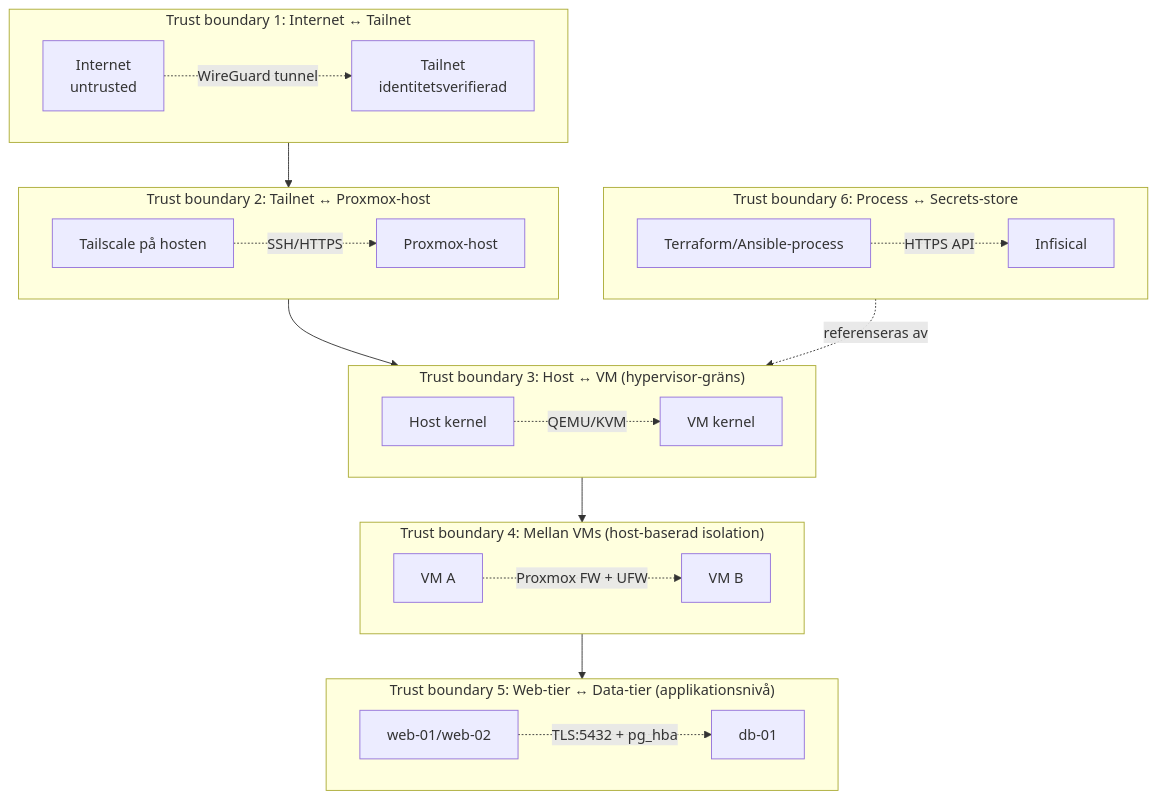
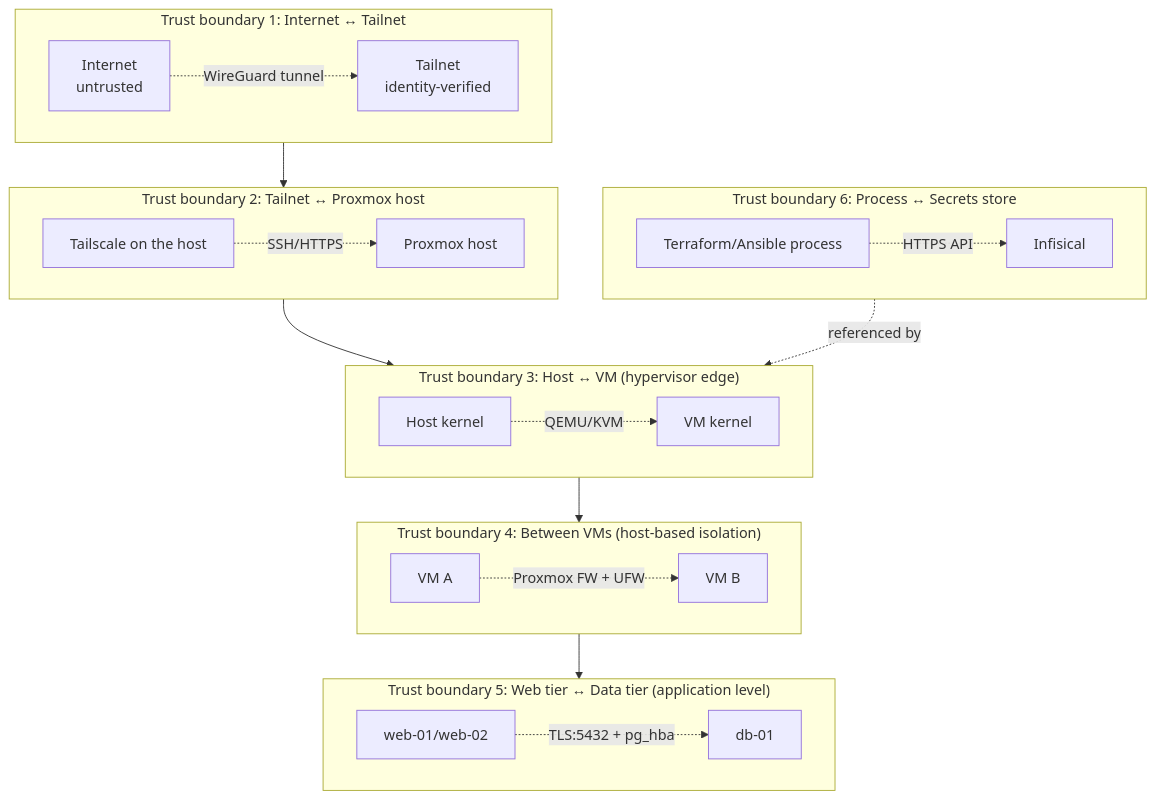
One commit to sanjarbsaraee/its25-virt-automation changed the second of 2 diagrams in docs/project/PROJECT-PLAN.md. Above: the diagram before and after it, drawn with Mermaid. The commit also changed other lines of this file, not shown here.

First line of the commit message:
docs: add tailscale-gw LXC, project meta docs, expand README tree

````diff
--- a/docs/project/PROJECT-PLAN.md
+++ b/docs/project/PROJECT-PLAN.md
@@ -294,36 +294,36 @@
 ```mermaid
 flowchart TB
     subgraph TB1["Trust boundary 1: Internet ↔ Tailnet"]
         direction LR
-        Internet[Internet<br/>untrusted] -.WireGuard tunnel.-> Tailnet[Tailnet<br/>identitetsverifierad]
+        Internet[Internet<br/>untrusted] -.WireGuard tunnel.-> Tailnet[Tailnet<br/>identity-verified]
     end
 
-    subgraph TB2["Trust boundary 2: Tailnet ↔ Proxmox-host"]
+    subgraph TB2["Trust boundary 2: Tailnet ↔ Proxmox host"]
         direction LR
-        TailnetEdge[Tailscale på hosten] -.SSH/HTTPS.-> PVEHost[Proxmox-host]
+        TailnetEdge[Tailscale on the host] -.SSH/HTTPS.-> PVEHost[Proxmox host]
     end
 
-    subgraph TB3["Trust boundary 3: Host ↔ VM (hypervisor-gräns)"]
+    subgraph TB3["Trust boundary 3: Host ↔ VM (hypervisor edge)"]
         direction LR
         HypHost[Host kernel] -.QEMU/KVM.-> Guest[VM kernel]
     end
 
-    subgraph TB4["Trust boundary 4: Mellan VMs (host-baserad isolation)"]
+    subgraph TB4["Trust boundary 4: Between VMs (host-based isolation)"]
         direction LR
         VMa[VM A] -.Proxmox FW + UFW.-> VMb[VM B]
     end
 
-    subgraph TB5["Trust boundary 5: Web-tier ↔ Data-tier (applikationsnivå)"]
+    subgraph TB5["Trust boundary 5: Web tier ↔ Data tier (application level)"]
         direction LR
         WebTier[web-01/web-02] -.TLS:5432 + pg_hba.-> DataTier[db-01]
     end
 
-    subgraph TB6["Trust boundary 6: Process ↔ Secrets-store"]
+    subgraph TB6["Trust boundary 6: Process ↔ Secrets store"]
         direction LR
-        Proc[Terraform/Ansible-process] -.HTTPS API.-> InfStore[Infisical]
+        Proc[Terraform/Ansible process] -.HTTPS API.-> InfStore[Infisical]
     end
 
     TB1 --> TB2 --> TB3
     TB3 --> TB4 --> TB5
-    TB6 -.referenseras av.-> TB3
+    TB6 -.referenced by.-> TB3
 ```
````
